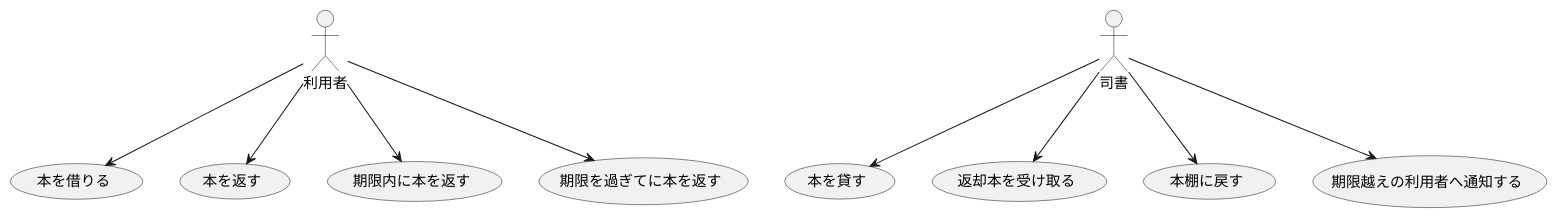
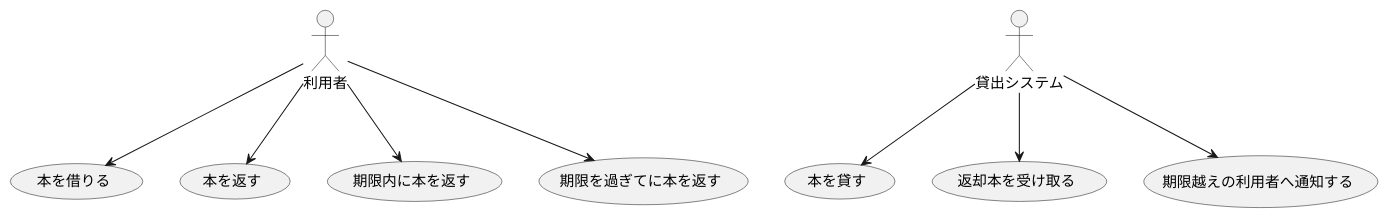
The diagram in UML/ユースケース図.puml (TakaMitsuGitHub/LibraryApp), drawn with PlantUML before and after one commit. The commit also changed 1 other file, not shown here.

```diff
--- a/UML/ユースケース図.puml
+++ b/UML/ユースケース図.puml
@@ -1,12 +1,11 @@
 @startuml
 :利用者: --> (本を借りる)
 :利用者: --> (本を返す)
 :利用者: --> (期限内に本を返す)
 :利用者: --> (期限を過ぎてに本を返す)
 
-:司書: --> (本を貸す)
-:司書: --> (返却本を受け取る)
-:司書: --> (本棚に戻す)
-:司書: --> (期限越えの利用者へ通知する)
+:貸出システム: --> (本を貸す)
+:貸出システム: --> (返却本を受け取る)
+:貸出システム: --> (期限越えの利用者へ通知する)
 
 @enduml
```
